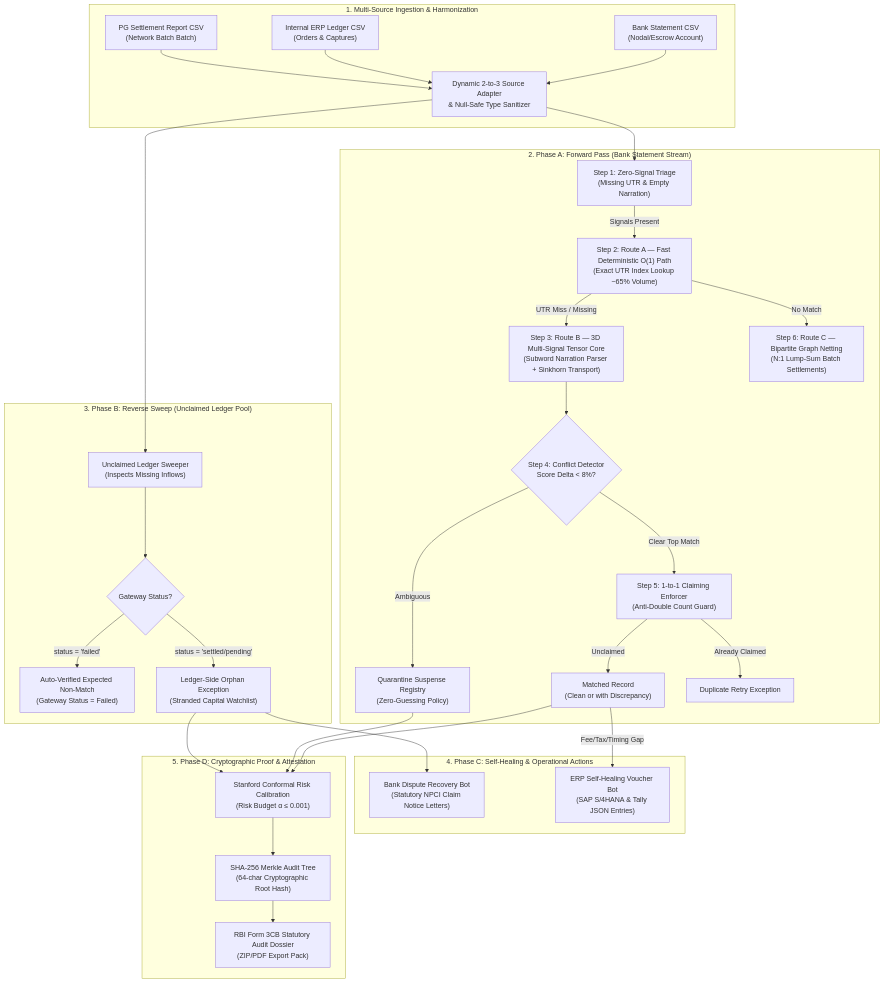
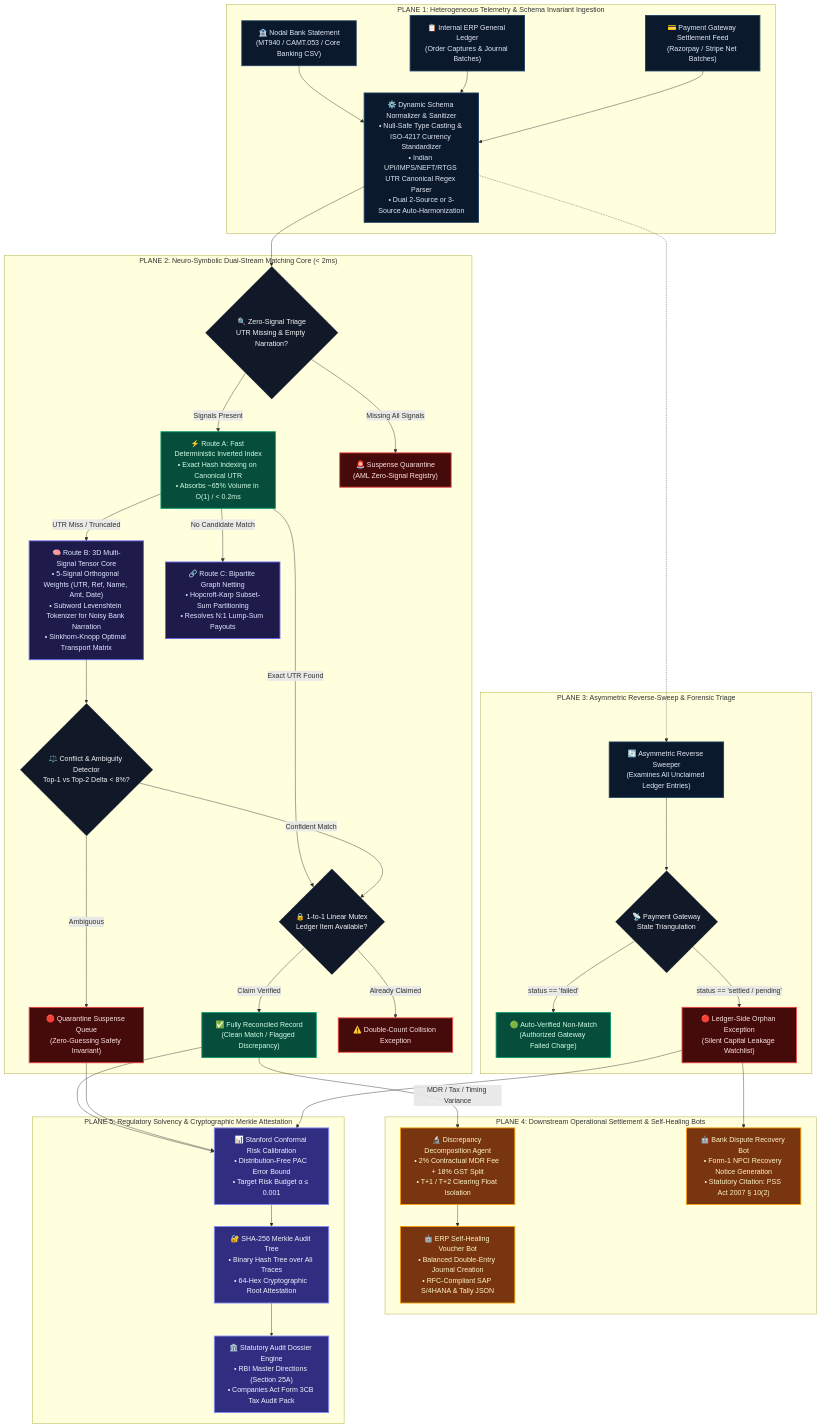
Before and after one commit to tharvin-byte/Razorpay-buildathon: the diagram in README.md, drawn with Mermaid. The commit also changed other lines of this file, not shown here.

Commit message:
docs: elevate end-to-end architecture with 5-plane topology, execution matrix, and invariant proofs

````diff
--- a/README.md
+++ b/README.md
@@ -71,63 +73,70 @@
 ```mermaid
-flowchart TD
-    subgraph DataLayer ["1. Multi-Source Ingestion & Harmonization"]
-        B["Bank Statement CSV<br/>(Nodal/Escrow Account)"]
-        L["Internal ERP Ledger CSV<br/>(Orders & Captures)"]
-        S["PG Settlement Report CSV<br/>(Network Batch Batch)"]
-        ADAPT["Dynamic 2-to-3 Source Adapter<br/>& Null-Safe Type Sanitizer"]
-        B --> ADAPT
-        L --> ADAPT
-        S --> ADAPT
+flowchart TB
+    %% Class Definitions for Enterprise Architectural Planes
+    classDef ingest fill:#0B192C,stroke:#1E3E62,stroke-width:2px,color:#E0E8F5;
+    classDef fastpath fill:#064E3B,stroke:#059669,stroke-width:2px,color:#D1FAE5;
+    classDef tensor fill:#1E1B4B,stroke:#6366F1,stroke-width:2px,color:#E0E7FF;
+    classDef quarantine fill:#450A0A,stroke:#EF4444,stroke-width:2px,color:#FEE2E2;
+    classDef actions fill:#78350F,stroke:#F59E0B,stroke-width:2px,color:#FEF3C7;
+    classDef audit fill:#312E81,stroke:#818CF8,stroke-width:2px,color:#EEF2FF;
+    classDef router fill:#111827,stroke:#9CA3AF,stroke-dasharray: 4 4,color:#F3F4F6;
+
+    subgraph Plane1 ["PLANE 1: Heterogeneous Telemetry & Schema Invariant Ingestion"]
+        B["🏦 Nodal Bank Statement<br/>(MT940 / CAMT.053 / Core Banking CSV)"]:::ingest
+        L["📋 Internal ERP General Ledger<br/>(Order Captures & Journal Batches)"]:::ingest
+        S["💳 Payment Gateway Settlement Feed<br/>(Razorpay / Stripe Net Batches)"]:::ingest
+        NORM["⚙️ Dynamic Schema Normalizer & Sanitizer<br/>• Null-Safe Type Casting & ISO-4217 Currency Standardizer<br/>• Indian UPI/IMPS/NEFT/RTGS UTR Canonical Regex Parser<br/>• Dual 2-Source or 3-Source Auto-Harmonization"]:::ingest
+        B --> NORM
+        L --> NORM
+        S --> NORM
     end
 
-    subgraph PhaseA ["2. Phase A: Forward Pass (Bank Statement Stream)"]
-        ZT["Step 1: Zero-Signal Triage<br/>(Missing UTR & Empty Narration)"]
-        FA["Step 2: Route A — Fast Deterministic O(1) Path<br/>(Exact UTR Index Lookup ~65% Volume)"]
-        TEN["Step 3: Route B — 3D Multi-Signal Tensor Core<br/>(Subword Narration Parser + Sinkhorn Transport)"]
-        AMB{"Step 4: Conflict Detector<br/>Score Delta < 8%?"}
-        CLM["Step 5: 1-to-1 Claiming Enforcer<br/>(Anti-Double Count Guard)"]
-        BAT["Step 6: Route C — Bipartite Graph Netting<br/>(N:1 Lump-Sum Batch Settlements)"]
+    subgraph Plane2 ["PLANE 2: Neuro-Symbolic Dual-Stream Matching Core (< 2ms)"]
+        ZT{"🔍 Zero-Signal Triage<br/>UTR Missing & Empty Narration?"}:::router
+        NORM --> ZT
         
-        ADAPT --> ZT
-        ZT -->|Signals Present| FA
-        FA -->|UTR Miss / Missing| TEN
-        TEN --> AMB
-        AMB -->|Ambiguous| QUAR["Quarantine Suspense Registry<br/>(Zero-Guessing Policy)"]
-        AMB -->|Clear Top Match| CLM
-        CLM -->|Unclaimed| MATCHED["Matched Record<br/>(Clean or with Discrepancy)"]
-        CLM -->|Already Claimed| DUP["Duplicate Retry Exception"]
-        FA -->|No Match| BAT
+        ZT -->|Signals Present| FP["⚡ Route A: Fast Deterministic Inverted Index<br/>• Exact Hash Indexing on Canonical UTR<br/>• Absorbs ~65% Volume in O(1) / < 0.2ms"]:::fastpath
+        ZT -->|Missing All Signals| SUSP["🚨 Suspense Quarantine<br/>(AML Zero-Signal Registry)"]:::quarantine
+
+        FP -->|Exact UTR Found| MUTEX{"🔒 1-to-1 Linear Mutex<br/>Ledger Item Available?"}:::router
+        FP -->|UTR Miss / Truncated| TENSOR["🧠 Route B: 3D Multi-Signal Tensor Core<br/>• 5-Signal Orthogonal Weights (UTR, Ref, Name, Amt, Date)<br/>• Subword Levenshtein Tokenizer for Noisy Bank Narration<br/>• Sinkhorn-Knopp Optimal Transport Matrix"]:::tensor
+
+        TENSOR --> AMB{"⚖️ Conflict & Ambiguity Detector<br/>Top-1 vs Top-2 Delta < 8%?"}:::router
+        AMB -->|Ambiguous| QUAR["🛑 Quarantine Suspense Queue<br/>(Zero-Guessing Safety Invariant)"]:::quarantine
+        AMB -->|Confident Match| MUTEX
+
+        MUTEX -->|Claim Verified| MATCHED["✅ Fully Reconciled Record<br/>(Clean Match / Flagged Discrepancy)"]:::fastpath
+        MUTEX -->|Already Claimed| DUP["⚠️ Double-Count Collision Exception"]:::quarantine
+
+        FP -->|No Candidate Match| BATCH["🔗 Route C: Bipartite Graph Netting<br/>• Hopcroft-Karp Subset-Sum Partitioning<br/>• Resolves N:1 Lump-Sum Payouts"]:::tensor
     end
 
-    subgraph PhaseB ["3. Phase B: Reverse Sweep (Unclaimed Ledger Pool)"]
-        REV["Unclaimed Ledger Sweeper<br/>(Inspects Missing Inflows)"]
-        STAT{"Gateway Status?"}
-        EXP_NO["Auto-Verified Expected Non-Match<br/>(Gateway Status = Failed)"]
-        LEDG_ORPH["Ledger-Side Orphan Exception<br/>(Stranded Capital Watchlist)"]
+    subgraph Plane3 ["PLANE 3: Asymmetric Reverse-Sweep & Forensic Triage"]
+        REV["🔄 Asymmetric Reverse Sweeper<br/>(Examines All Unclaimed Ledger Entries)"]:::ingest
+        NORM -.-> REV
         
-        ADAPT --> REV
-        REV --> STAT
-        STAT -->|status = 'failed'| EXP_NO
-        STAT -->|status = 'settled/pending'| LEDG_ORPH
+        GW_CHECK{"📡 Payment Gateway<br/>State Triangulation"}:::router
+        REV --> GW_CHECK
+        
+        GW_CHECK -->|status == 'failed'| EXP_FAIL["🟢 Auto-Verified Non-Match<br/>(Authorized Gateway Failed Charge)"]:::fastpath
+        GW_CHECK -->|status == 'settled / pending'| ORPHAN["🔴 Ledger-Side Orphan Exception<br/>(Silent Capital Leakage Watchlist)"]:::quarantine
     end
 
-    subgraph PhaseC ["4. Phase C: Self-Healing & Operational Actions"]
-        DISP_BOT["Bank Dispute Recovery Bot<br/>(Statutory NPCI Claim Notice Letters)"]
-        ERP_BOT["ERP Self-Healing Voucher Bot<br/>(SAP S/4HANA & Tally JSON Entries)"]
+    subgraph Plane4 ["PLANE 4: Downstream Operational Settlement & Self-Healing Bots"]
+        MATCHED -->|MDR / Tax / Timing Variance| FORENSIC["🔬 Discrepancy Decomposition Agent<br/>• 2% Contractual MDR Fee + 18% GST Split<br/>• T+1 / T+2 Clearing Float Isolation"]:::actions
         
-        LEDG_ORPH --> DISP_BOT
-        MATCHED -->|Fee/Tax/Timing Gap| ERP_BOT
+        FORENSIC --> ERP_BOT["🤖 ERP Self-Healing Voucher Bot<br/>• Balanced Double-Entry Journal Creation<br/>• RFC-Compliant SAP S/4HANA & Tally JSON"]:::actions
+        
+        ORPHAN --> DISP_BOT["🤖 Bank Dispute Recovery Bot<br/>• Form-1 NPCI Recovery Notice Generation<br/>• Statutory Citation: PSS Act 2007 § 10(2)"]:::actions
     end
 
-    subgraph PhaseD ["5. Phase D: Cryptographic Proof & Attestation"]
-        CRC["Stanford Conformal Risk Calibration<br/>(Risk Budget α ≤ 0.001)"]
-        MERKLE["SHA-256 Merkle Audit Tree<br/>(64-char Cryptographic Root Hash)"]
-        DOSSIER["RBI Form 3CB Statutory Audit Dossier<br/>(ZIP/PDF Export Pack)"]
+    subgraph Plane5 ["PLANE 5: Regulatory Solvency & Cryptographic Merkle Attestation"]
+        MATCHED --> CRC["📊 Stanford Conformal Risk Calibration<br/>• Distribution-Free PAC Error Bound<br/>• Target Risk Budget α ≤ 0.001"]:::audit
+        QUAR --> CRC
+        ORPHAN --> CRC
         
-        MATCHED --> CRC
-        QUAR --> CRC
-        LEDG_ORPH --> CRC
-        CRC --> MERKLE
-        MERKLE --> DOSSIER
+        CRC --> MERKLE["🔐 SHA-256 Merkle Audit Tree<br/>• Binary Hash Tree over All Traces<br/>• 64-Hex Cryptographic Root Attestation"]:::audit
+        
+        MERKLE --> DOSSIER["🏛️ Statutory Audit Dossier Engine<br/>• RBI Master Directions (Section 25A)<br/>• Companies Act Form 3CB Tax Audit Pack"]:::audit
     end
 ```
````
